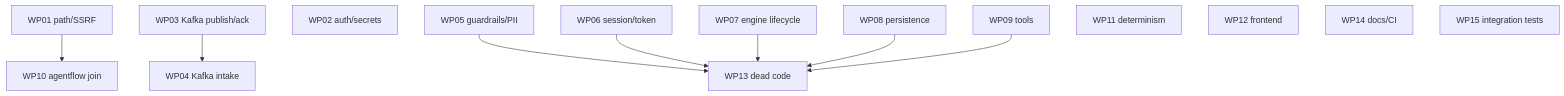
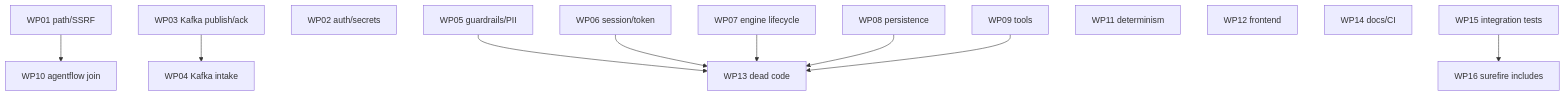
One commit to augmentia-de/agentic-playground changed the diagram in todo/README.md. Above: the diagram before and after it, drawn with Mermaid. The commit also changed other lines of this file and 2 other files, not shown here.

Commit message:
docs(todo): add WP16 (surefire includes), refresh WP15 test-class names
- todo/README.md: WP16 row + dependency edge WP15 -> WP16
- todo/WP16-surefire-includes.md: goal, finding, Red/Green, verification, DoD
- WP15: rename LastSystemtest/NebenlaeufigkeitSystemtest references to the
  new *SystemTest names so the document stays accurate

````diff
--- a/todo/README.md
+++ b/todo/README.md
@@ -43,15 +44,16 @@
 ```mermaid
 flowchart TD
   WP01[WP01 path/SSRF] --> WP10[WP10 agentflow join]
   WP03[WP03 Kafka publish/ack] --> WP04[WP04 Kafka intake]
   WP02[WP02 auth/secrets]
   WP05[WP05 guardrails/PII] --> WP13[WP13 dead code]
   WP06[WP06 session/token] --> WP13
   WP07[WP07 engine lifecycle] --> WP13
   WP08[WP08 persistence] --> WP13
   WP09[WP09 tools] --> WP13
   WP11[WP11 determinism]
   WP12[WP12 frontend]
   WP14[WP14 docs/CI]
   WP15[WP15 integration tests]
+  WP15 --> WP16[WP16 surefire includes]
 ```
````
